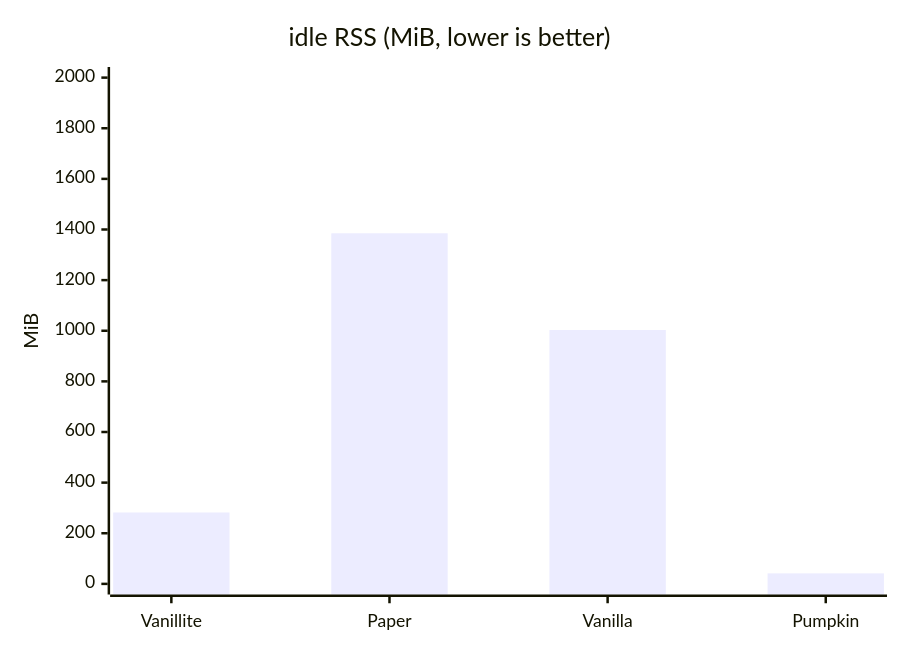
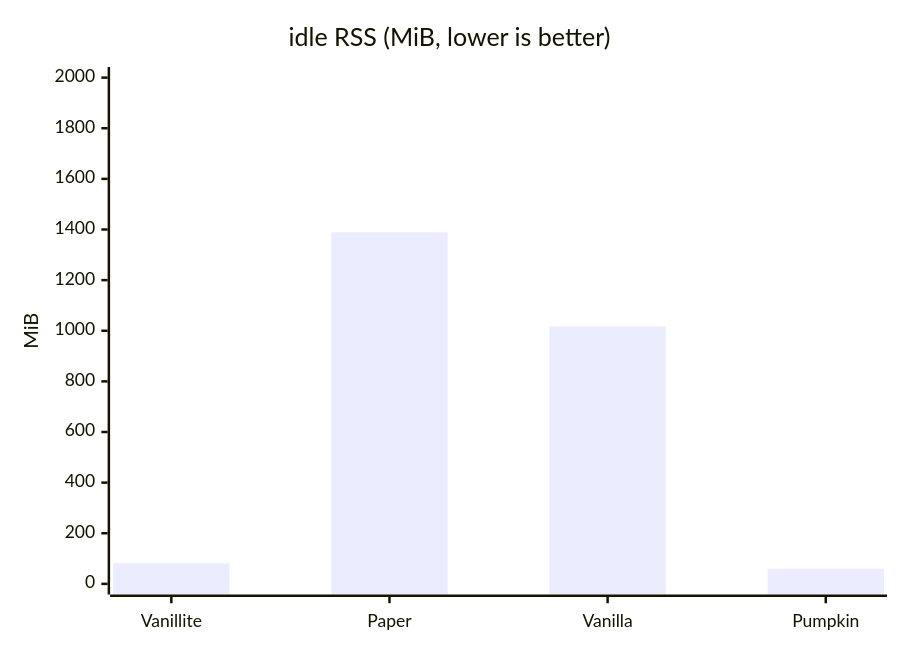
One commit to hthoene/Vanillite changed the first of 15 diagrams in benchmarks/README.md. Above: the diagram before and after it, drawn with Mermaid. The commit also changed other lines of this file and 6 other files, not shown here.

````diff
--- a/benchmarks/README.md
+++ b/benchmarks/README.md
@@ -69,7 +83,7 @@
 ```mermaid
 xychart-beta
     title "idle RSS (MiB, lower is better)"
     x-axis ["Vanillite", "Paper", "Vanilla", "Pumpkin"]
     y-axis "MiB" 0 --> 2000
-    bar [282, 1385, 1003, 41.4]
+    bar [81.35, 1389, 1017, 59.7]
 ```
````
